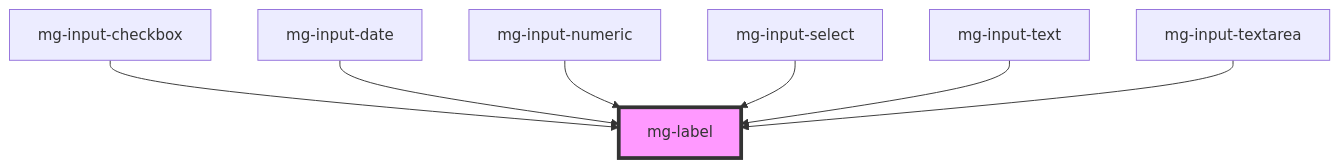
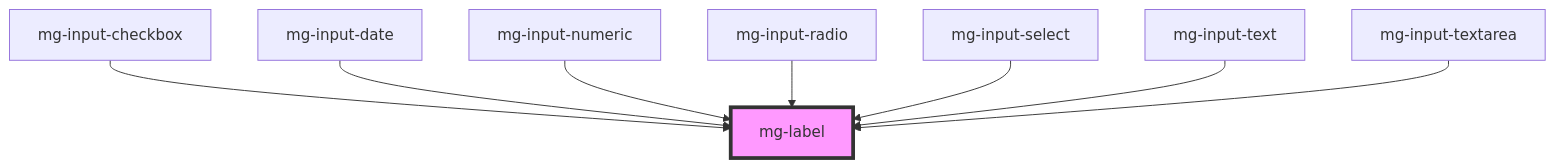
Before and after one commit to MGDIS/mg-components: the diagram in src/components/atoms/mg-label/readme.md, drawn with Mermaid. The commit also changed other lines of this file and 23 other files, not shown here.

Commit message:
feat(mg-input-radio): init input radio: - [x] add style - [x] add component - [x] add stories - [x] update mg-input - [x] add disabled attributes to mg-input-select options - [x] edit mg-input-checkox tooltip space (= mg-input-radio space)

````diff
--- a/src/components/atoms/mg-label/readme.md
+++ b/src/components/atoms/mg-label/readme.md
@@ -29,10 +31,11 @@
 ```mermaid
 graph TD;
   mg-input-checkbox --> mg-label
   mg-input-date --> mg-label
   mg-input-numeric --> mg-label
+  mg-input-radio --> mg-label
   mg-input-select --> mg-label
   mg-input-text --> mg-label
   mg-input-textarea --> mg-label
   style mg-label fill:#f9f,stroke:#333,stroke-width:4px
 ```
````
